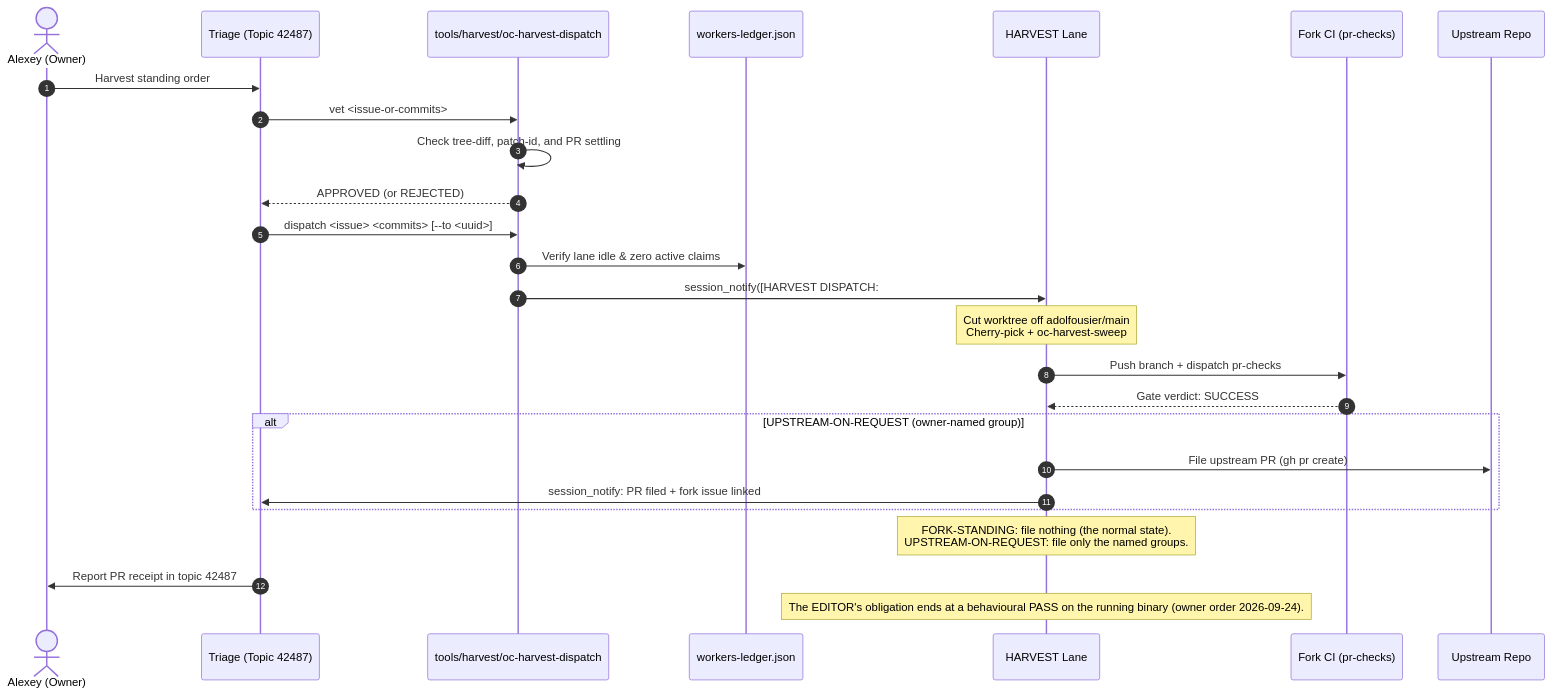
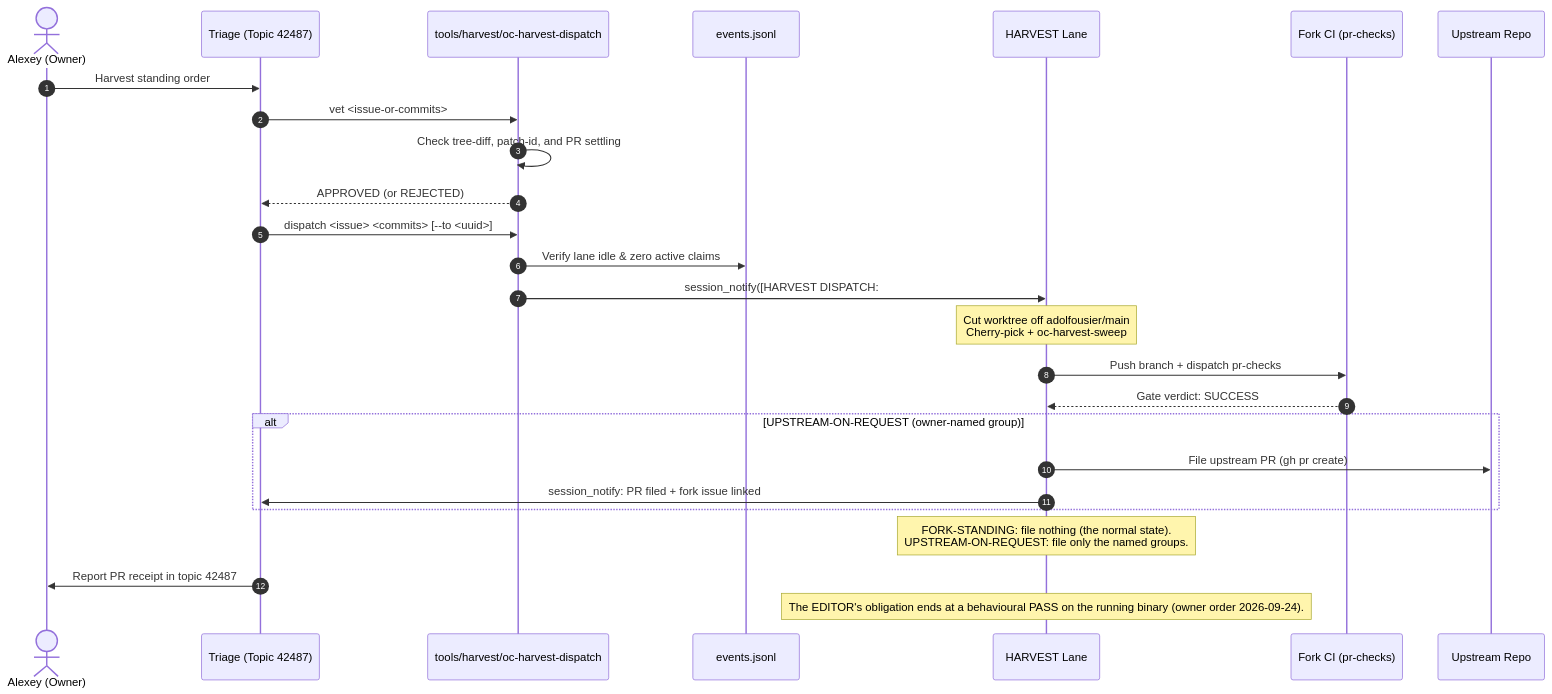
One commit to leshchenko1979/opencrabs-dev-factory changed the diagram in upstream-merge-runbook.md. Above: the diagram before and after it, drawn with Mermaid. The commit also changed other lines of this file and 9 other files, not shown here.

First line of the commit message:
docs(skill): retire workers-ledger.json from the tracked surface; name events.jsonl as the record (v0.4.331)

````diff
--- a/upstream-merge-runbook.md
+++ b/upstream-merge-runbook.md
@@ -478,29 +478,29 @@
 ```mermaid
 sequenceDiagram
     autonumber
     actor Alexey as Alexey (Owner)
     participant Triage as Triage (Topic 42487)
     participant Tool as tools/harvest/oc-harvest-dispatch
-    participant Ledger as workers-ledger.json
+    participant Ledger as events.jsonl
     participant Harvest as HARVEST Lane
     participant ForkCI as Fork CI (pr-checks)
     participant Upstream as Upstream Repo
 
     Alexey->>Triage: Harvest standing order
     Triage->>Tool: vet <issue-or-commits>
     Tool->>Tool: Check tree-diff, patch-id, and PR settling
     Tool-->>Triage: APPROVED (or REJECTED)
     Triage->>Tool: dispatch <issue> <commits> [--to <uuid>]
     Tool->>Ledger: Verify lane idle & zero active claims
     Tool->>Harvest: session_notify([HARVEST DISPATCH: #N])
     Note over Harvest: Cut worktree off adolfousier/main<br/>Cherry-pick + oc-harvest-sweep
     Harvest->>ForkCI: Push branch + dispatch pr-checks
     ForkCI-->>Harvest: Gate verdict: SUCCESS
     alt UPSTREAM-ON-REQUEST (owner-named group)
     Harvest->>Upstream: File upstream PR (gh pr create)
     Harvest->>Triage: session_notify: PR filed + fork issue linked
     end
     Note over Harvest: FORK-STANDING: file nothing (the normal state).<br/>UPSTREAM-ON-REQUEST: file only the named groups.
     Triage->>Alexey: Report PR receipt in topic 42487
     Note over Harvest: The EDITOR's obligation ends at a behavioural PASS on the running binary (owner order 2026-09-24).
 ```
````
